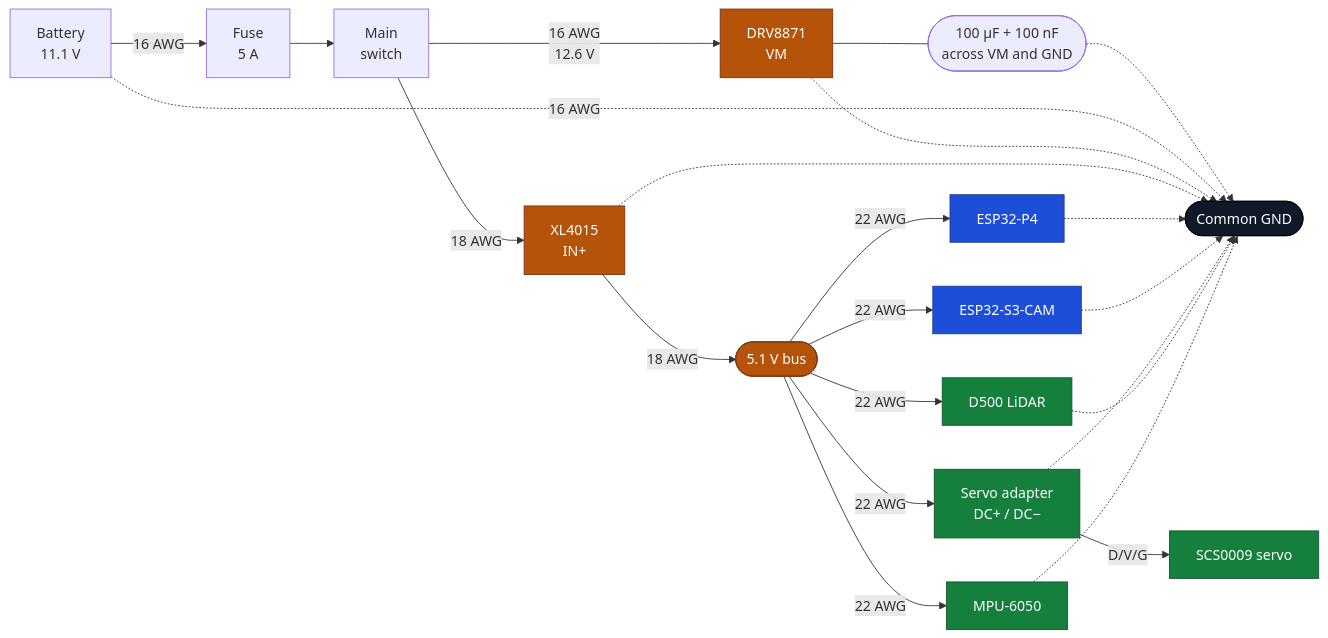
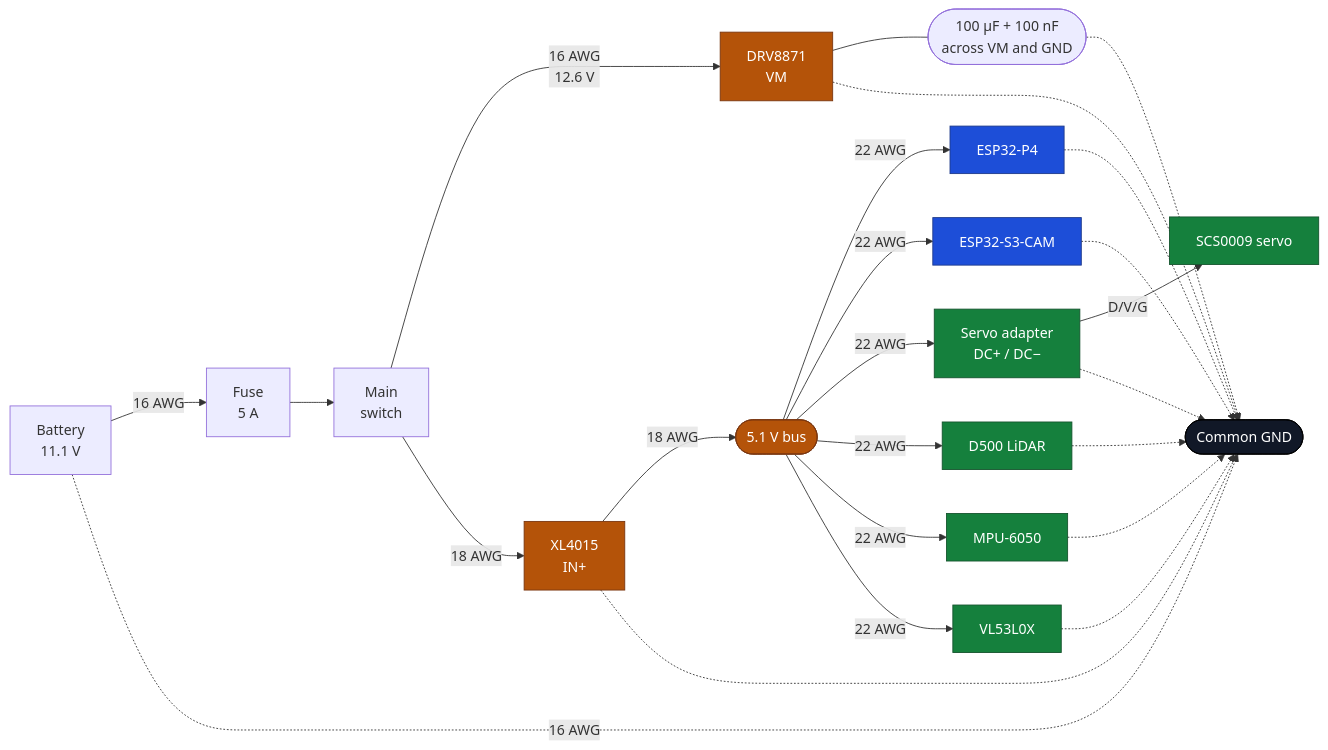
The second of 5 diagrams in docs/ELECTRONICS.md (Eddym06/AutoNex), drawn with Mermaid before and after one commit. The commit also changed other lines of this file and 20 other files, not shown here.

````diff
--- a/docs/ELECTRONICS.md
+++ b/docs/ELECTRONICS.md
@@ -163,35 +177,37 @@
 ```mermaid
 flowchart LR
     BAT["Battery<br/>11.1 V"] -->|"16 AWG"| FUS["Fuse<br/>5 A"]
     FUS --> SW["Main<br/>switch"]
     SW -->|"16 AWG<br/>12.6 V"| DRV["DRV8871<br/>VM"]
     DRV --- CAP(["100 µF + 100 nF<br/>across VM and GND"])
     CAP -.-> GND
     SW -->|"18 AWG"| BUCK["XL4015<br/>IN+"]
 
     BUCK -->|"18 AWG"| BUS(["5.1 V bus"])
     BUS -->|"22 AWG"| P4["ESP32-P4"]
     BUS -->|"22 AWG"| S3CAM["ESP32-S3-CAM"]
     BUS -->|"22 AWG"| ADP["Servo adapter<br/>DC+ / DC−"]
     ADP -->|"D/V/G"| SRV["SCS0009 servo"]
     BUS -->|"22 AWG"| LID["D500 LiDAR"]
     BUS -->|"22 AWG"| IMU["MPU-6050"]
+    BUS -->|"22 AWG"| TOF["VL53L0X"]
 
     BAT -.->|"16 AWG"| GND(["Common GND"])
     DRV -.-> GND
     BUCK -.-> GND
     P4 -.-> GND
     S3CAM -.-> GND
     ADP -.-> GND
     LID -.-> GND
     IMU -.-> GND
+    TOF -.-> GND
 
     classDef pot fill:#b45309,stroke:#78350f,color:#ffffff
     classDef ctrl fill:#1d4ed8,stroke:#1e3a8a,color:#ffffff
     classDef carga fill:#15803d,stroke:#14532d,color:#ffffff
     classDef tierra fill:#111827,stroke:#000000,color:#ffffff
     class DRV,BUCK,BUS pot
     class P4,S3CAM ctrl
-    class SRV,LID,IMU,ADP carga
+    class SRV,LID,IMU,TOF,ADP carga
     class GND tierra
 ```
````
